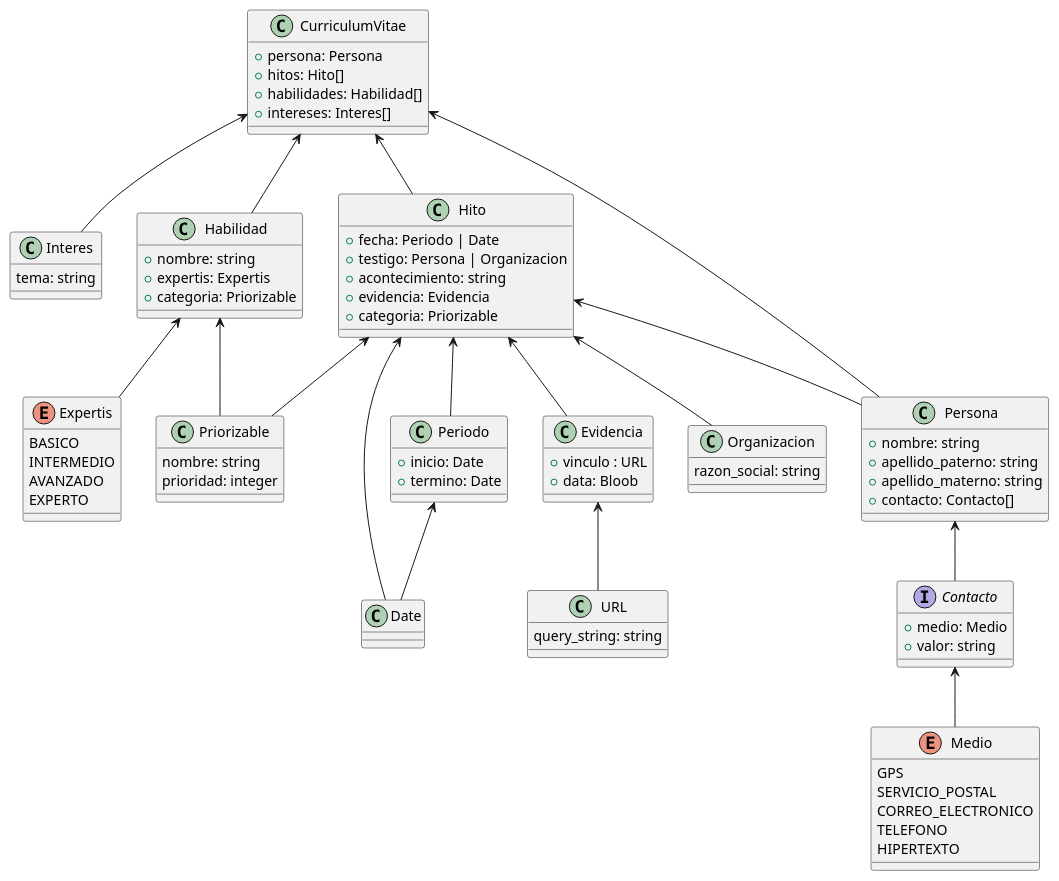
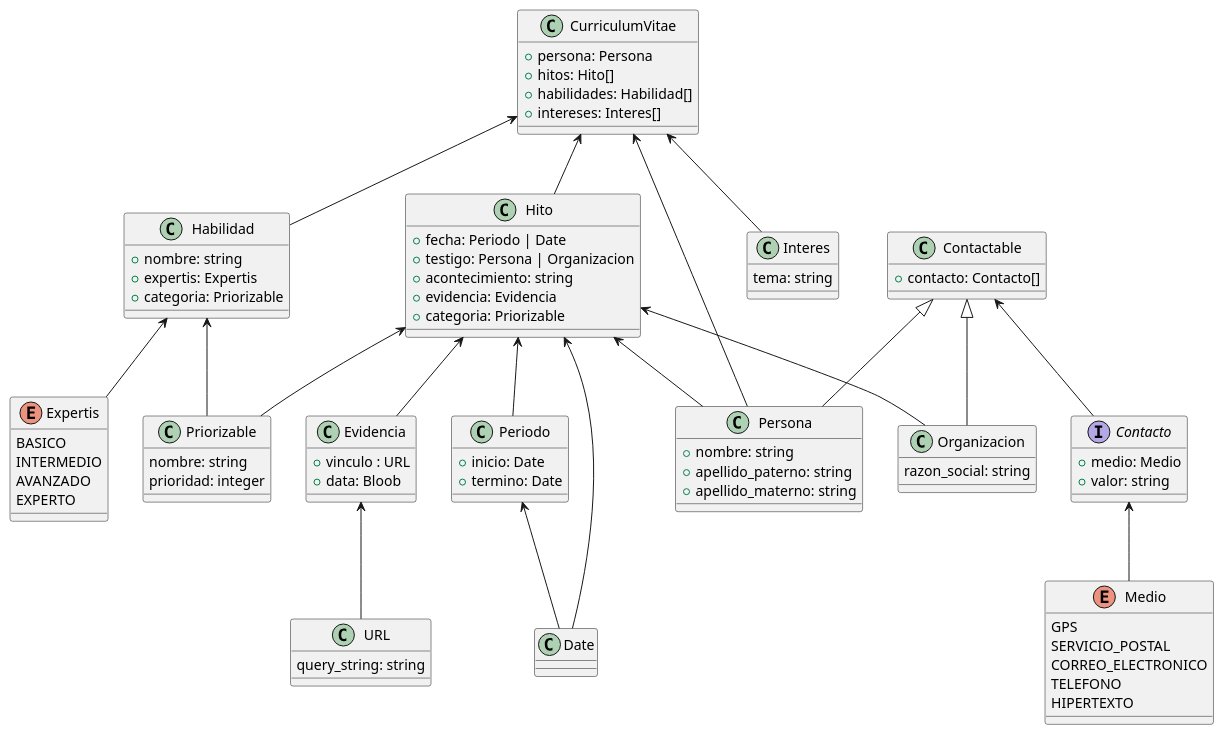
The diagram in arc/curriculum-vitae-class-diagram.puml (emirhg/curriculum-vitae), drawn with PlantUML before and after one commit.

Commit message:
new: dev: Persona y Organización extienden Contactable

```diff
--- a/arc/curriculum-vitae-class-diagram.puml
+++ b/arc/curriculum-vitae-class-diagram.puml
@@ -1,99 +1,102 @@
 @startuml
   class CurriculumVitae {
     + persona: Persona
     + hitos: Hito[]
     + habilidades: Habilidad[]
     + intereses: Interes[]
   }
 
   class Interes {
     tema: string
   }
 
   class Priorizable {
     nombre: string
     prioridad: integer
   }
 
   class Habilidad {
     + nombre: string
     + expertis: Expertis
     + categoria: Priorizable
   }
 
   class Periodo {
     + inicio: Date
     + termino: Date
   }
 
   class Hito {
     + fecha: Periodo | Date
     + testigo: Persona | Organizacion
     + acontecimiento: string
     + evidencia: Evidencia
     + categoria: Priorizable
   }
 
   class URL {
     query_string: string
   }
 
   class Evidencia {
     + vinculo : URL
     + data: Bloob
   }
 
-  class Organizacion {
+  class Organizacion extends Contactable {
     razon_social: string
   }
 
   enum Expertis {
       BASICO
       INTERMEDIO
       AVANZADO
       EXPERTO
   }
 
-  class Persona {
+  class Persona extends Contactable {
     + nombre: string
     + apellido_paterno: string
     + apellido_materno: string
+  }
+
+  class Contactable {
     + contacto: Contacto[]
   }
 
   interface Contacto {
       + medio: Medio
       + valor: string
   }
 
   enum Medio {
     GPS
     SERVICIO_POSTAL
     CORREO_ELECTRONICO
     TELEFONO
     HIPERTEXTO
   }
 
-  Periodo <-- Date
-
-  Evidencia <-- URL
-
   Contacto <-- Medio
-
-  Persona <-- Contacto
 
   CurriculumVitae <-- Persona
   CurriculumVitae <-- Habilidad
   CurriculumVitae <-- Hito
   CurriculumVitae <-- Interes
+
+  Evidencia <-- URL
 
   Habilidad <-- Expertis
   Habilidad <-- Priorizable
 
   Hito <-- Priorizable
   Hito <-- Evidencia
   Hito <-- Persona
   Hito <-- Organizacion
   Hito <-- Date
   Hito <-- Periodo
+
+  Contactable <-- Contacto
+
+  Periodo <-- Date
 @enduml
```
